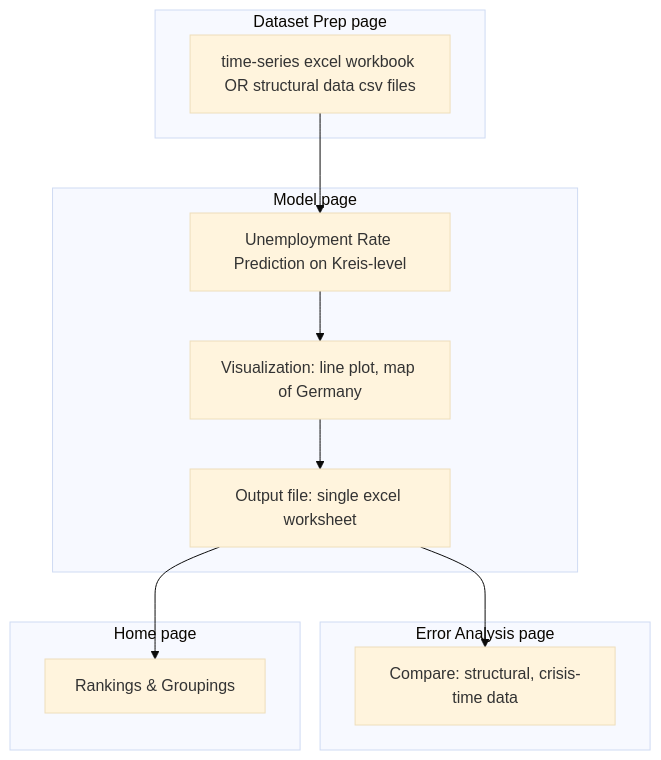
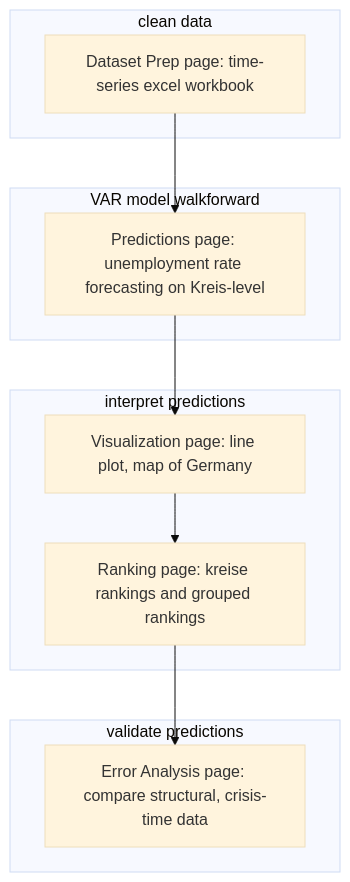
The diagram in documentation/docs/start/user.md (DSSGxUK/bmwi), drawn with Mermaid (base theme) before and after one commit. The commit also changed other lines of this file and 2 other files, not shown here.

Commit message:
revamp home page and update user workflow

```diff
--- a/documentation/docs/start/user.md
+++ b/documentation/docs/start/user.md
@@ -15,27 +15,20 @@
 <div class="mermaid">
 graph TD
-    subgraph Dataset Prep page
-    A[time-series excel workbook OR structural data csv files]
+    subgraph clean data
+    A[Dataset Prep page: time-series excel workbook]
     end
-    subgraph Model page
-    B[Unemployment Rate Prediction on Kreis-level]
-    C[Visualization: line plot, map of Germany]
-    D[Output file: single excel worksheet]
-    B --> C --> D
+    subgraph VAR model walkforward
+    B[Predictions page: unemployment rate forecasting on Kreis-level]
     end
-    subgraph Error Analysis page
-    E[Compare: structural, crisis-time data]
+    subgraph interpret predictions
+    D[Visualization page: line plot, map of Germany]
+    E[Ranking page: kreise rankings and grouped rankings]
+    D --> E
     end
-    subgraph Home page
-    F[Rankings & Groupings]
+    subgraph validate predictions
+    F[Error Analysis page: compare structural, crisis-time data]
     end
     A --> B
-    D --> E
-    D --> F
-    click A "http://127.0.0.1:8000/steps/data_prep/"
-    click B "http://127.0.0.1:8000/steps/model/#fit-model-and-export-predictions"
-    click C "http://127.0.0.1:8000/steps/model/#visualize-prediction-results"
-    click D "https://github.com/prakharrathi25/the-tool-bmwi/blob/main/pages/model_v1.py"
-    click E "http://127.0.0.1:8000/steps/error/"
-    click F "http://127.0.0.1:8000/steps/home/"
+    B --> D
+    E --> F
 </div>
```
